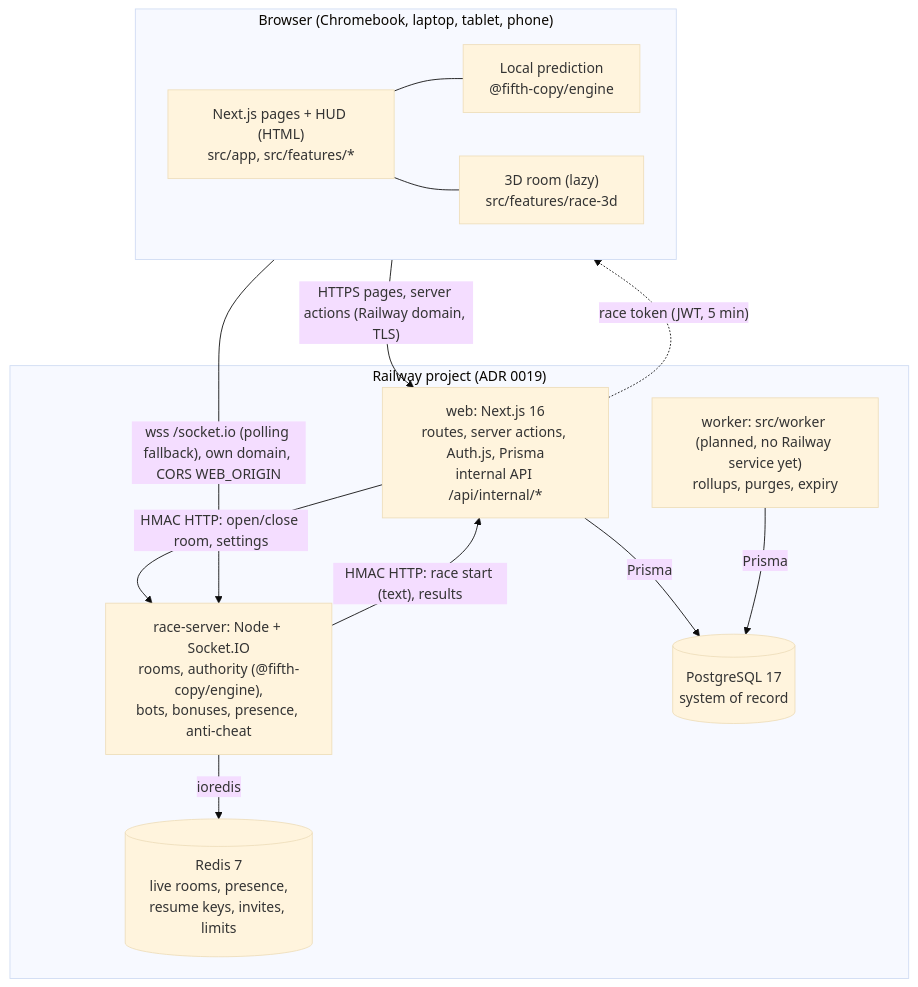
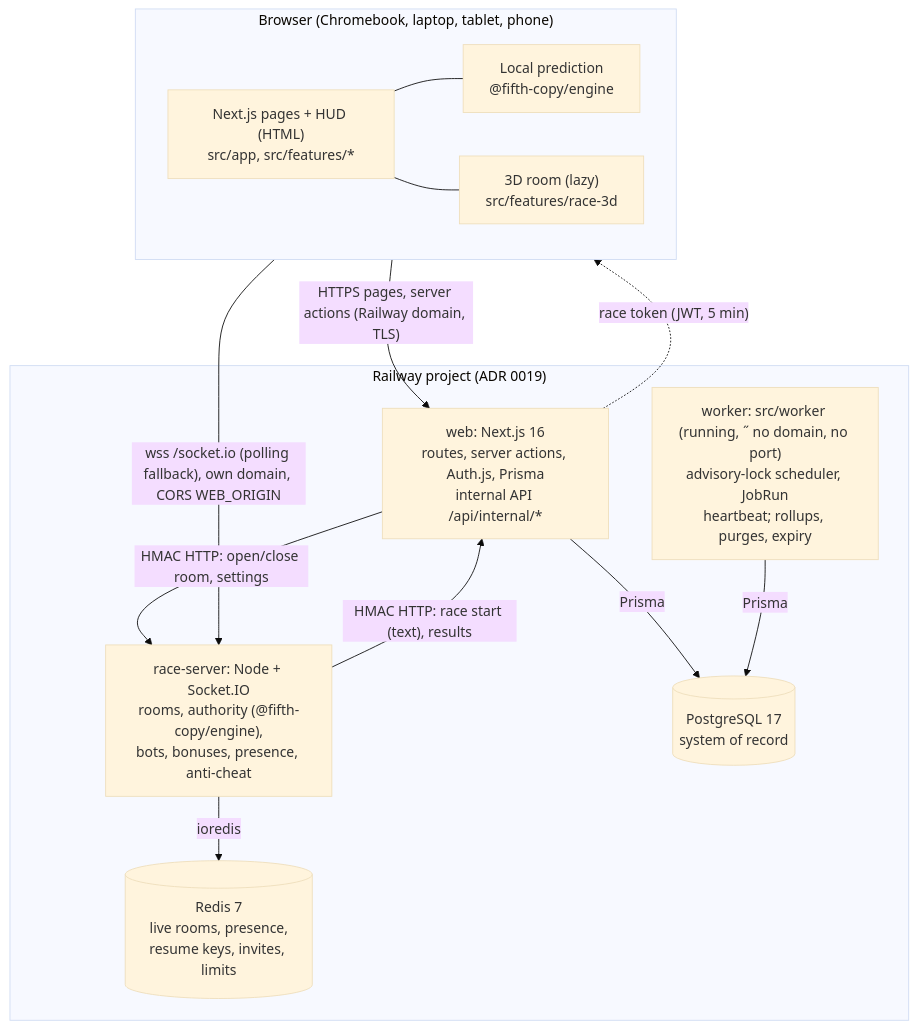
One commit to jimmy-razafindretsa/fifth-copy changed the second of 6 diagrams in docs/architecture/ARCHITECTURE.md. Above: the diagram before and after it, drawn with Mermaid (base theme). The commit also changed other lines of this file and 7 other files, not shown here.

First line of the commit message:
[#733] Railway worker service config, ADR 0019 amendment, ARCHITECTURE 4/11, CI bundle step, log

````diff
--- a/docs/architecture/ARCHITECTURE.md
+++ b/docs/architecture/ARCHITECTURE.md
@@ -127,27 +127,27 @@
 ```mermaid
 flowchart TB
   subgraph browser["Browser (Chromebook, laptop, tablet, phone)"]
     ui["Next.js pages + HUD (HTML)<br/>src/app, src/features/*"]
     pred["Local prediction<br/>@fifth-copy/engine"]
     scene["3D room (lazy)<br/>src/features/race-3d"]
     ui --- pred
     ui --- scene
   end
 
   subgraph vps["Railway project (ADR 0019)"]
     web["web: Next.js 16<br/>routes, server actions, Auth.js, Prisma<br/>internal API /api/internal/*"]
     race["race-server: Node + Socket.IO<br/>rooms, authority (@fifth-copy/engine),<br/>bots, bonuses, presence, anti-cheat"]
-    worker["worker: src/worker (planned, no Railway service yet)<br/>rollups, purges, expiry"]
+    worker["worker: src/worker (running, #733; no domain, no port)<br/>advisory-lock scheduler, JobRun<br/>heartbeat; rollups, purges, expiry"]
     pg[("PostgreSQL 17<br/>system of record")]
     redis[("Redis 7<br/>live rooms, presence,<br/>resume keys, invites, limits")]
   end
 
   browser -->|"HTTPS pages, server actions (Railway domain, TLS)"| web
   browser -->|"wss /socket.io (polling fallback), own domain, CORS WEB_ORIGIN"| race
   web -->|Prisma| pg
   worker -->|Prisma| pg
   race -->|ioredis| redis
   web -->|"HMAC HTTP: open/close room, settings"| race
   race -->|"HMAC HTTP: race start (text), results"| web
   web -.->|"race token (JWT, 5 min)"| browser
 ```
````
